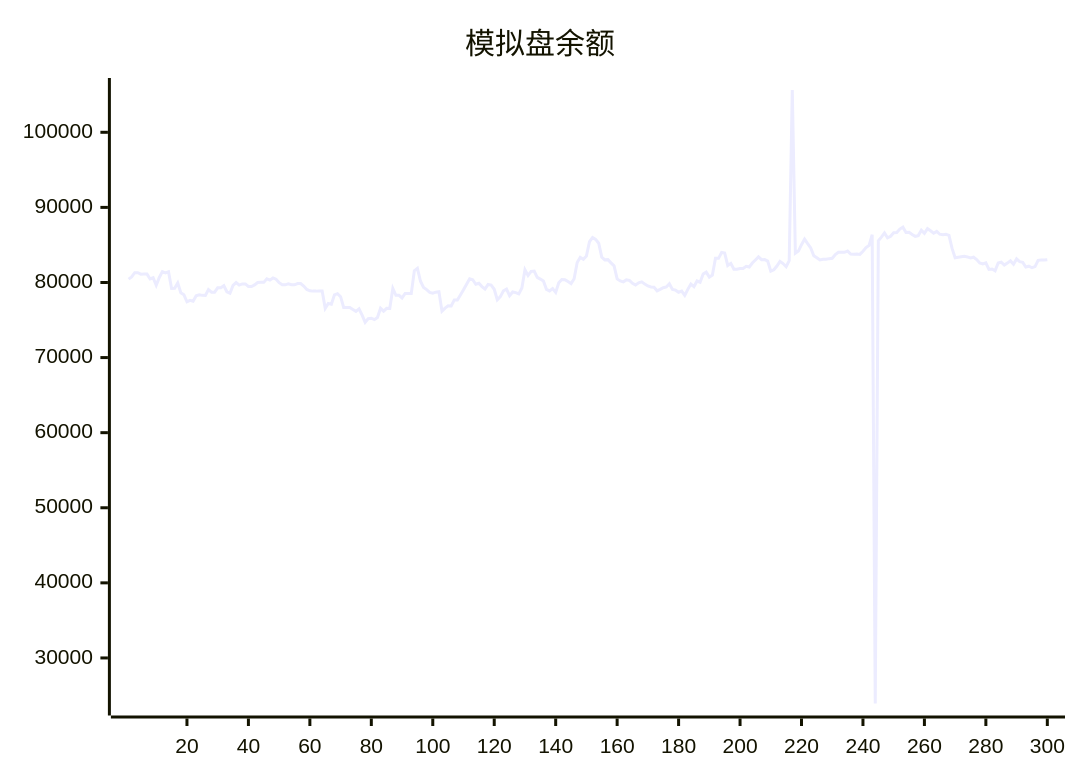
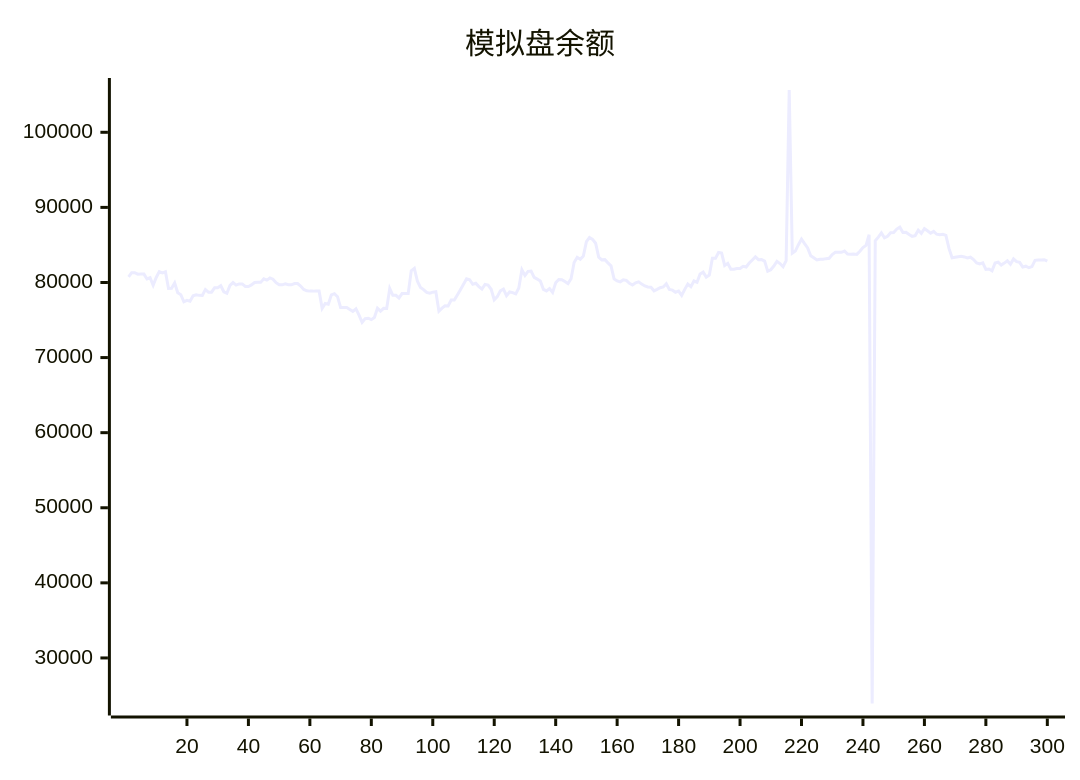
The diagram in README.md (aahl/ai-trading), drawn with Mermaid before and after one commit. The commit also changed other lines of this file and 1 other file, not shown here.

````diff
--- a/README.md
+++ b/README.md
@@ -5,5 +5,5 @@
 ```mermaid
 xychart
     title "模拟盘余额"
-    line [80450,80737,81309,81309,81106,81119,81119,80471,80631,79624,80670,81448,81290,81429,79212,79222,79940,78643,78380,77432,77623,77504,78235,78358,78284,78277,79048,78714,78714,79290,79308,79567,78763,78563,79603,79988,79652,79813,79813,79476,79469,79673,79995,80015,80015,80486,80314,80600,80436,79966,79689,79689,79819,79692,79692,79850,79850,79518,79071,78889,78850,78850,78878,78878,76554,77202,77103,78357,78510,78106,76678,76677,76672,76411,76159,76485,75656,74695,75197,75246,75052,75334,76564,76179,76553,76551,79196,78300,78300,77944,78531,78531,78521,81564,81884,80160,79335,79055,78675,78580,78708,78764,76179,76586,76902,76876,77658,77669,78346,79023,79769,80497,80366,79761,79896,79448,79126,79749,79658,79097,77695,78114,78888,79126,78249,78738,78653,78478,79271,81680,80923,81488,81527,80681,80455,80190,79084,78879,79193,78686,79954,80403,80374,80118,79848,80491,82665,83351,83098,83525,85430,85983,85737,85221,83378,83014,83043,82613,82216,80477,80208,80081,80348,80277,79894,79670,79965,80093,79786,79542,79406,79371,78893,79087,79304,79406,79841,79072,78978,78696,78846,78272,79085,79787,79442,80198,80031,81120,81379,80718,80985,83214,83212,83993,83921,82270,82547,81776,81776,81866,81866,82158,82061,82596,83000,83408,83041,83050,82858,81503,81691,82188,82812,82517,82092,82901,105633,83898,84180,85030,85781,85178,84604,83569,83298,83008,83093,83107,83175,83228,83729,84025,84017,84019,84177,83775,83762,83785,83738,84160,84639,84939,86370,23934,85548,86046,86599,85942,86161,86622,86664,87115,87369,86666,86685,86384,86152,86243,86969,86548,87164,86885,86566,86809,86427,86348,86417,86273,84538,83299,83369,83430,83490,83404,83270,83362,83056,82605,82459,82614,81734,81788,81551,82598,82702,82320,82580,82878,82426,83139,82778,82686,82056,82166,81963,82110,82951,82983,82984,83038]
+    line [80737,81309,81309,81106,81119,81119,80471,80631,79624,80670,81448,81290,81429,79212,79222,79940,78643,78380,77432,77623,77504,78235,78358,78284,78277,79048,78714,78714,79290,79308,79567,78763,78563,79603,79988,79652,79813,79813,79476,79469,79673,79995,80015,80015,80486,80314,80600,80436,79966,79689,79689,79819,79692,79692,79850,79850,79518,79071,78889,78850,78850,78878,78878,76554,77202,77103,78357,78510,78106,76678,76677,76672,76411,76159,76485,75656,74695,75197,75246,75052,75334,76564,76179,76553,76551,79196,78300,78300,77944,78531,78531,78521,81564,81884,80160,79335,79055,78675,78580,78708,78764,76179,76586,76902,76876,77658,77669,78346,79023,79769,80497,80366,79761,79896,79448,79126,79749,79658,79097,77695,78114,78888,79126,78249,78738,78653,78478,79271,81680,80923,81488,81527,80681,80455,80190,79084,78879,79193,78686,79954,80403,80374,80118,79848,80491,82665,83351,83098,83525,85430,85983,85737,85221,83378,83014,83043,82613,82216,80477,80208,80081,80348,80277,79894,79670,79965,80093,79786,79542,79406,79371,78893,79087,79304,79406,79841,79072,78978,78696,78846,78272,79085,79787,79442,80198,80031,81120,81379,80718,80985,83214,83212,83993,83921,82270,82547,81776,81776,81866,81866,82158,82061,82596,83000,83408,83041,83050,82858,81503,81691,82188,82812,82517,82092,82901,105633,83898,84180,85030,85781,85178,84604,83569,83298,83008,83093,83107,83175,83228,83729,84025,84017,84019,84177,83775,83762,83785,83738,84160,84639,84939,86370,23934,85548,86046,86599,85942,86161,86622,86664,87115,87369,86666,86685,86384,86152,86243,86969,86548,87164,86885,86566,86809,86427,86348,86417,86273,84538,83299,83369,83430,83490,83404,83270,83362,83056,82605,82459,82614,81734,81788,81551,82598,82702,82320,82580,82878,82426,83139,82778,82686,82056,82166,81963,82110,82951,82983,82984,83038,82838]
 ```
````
